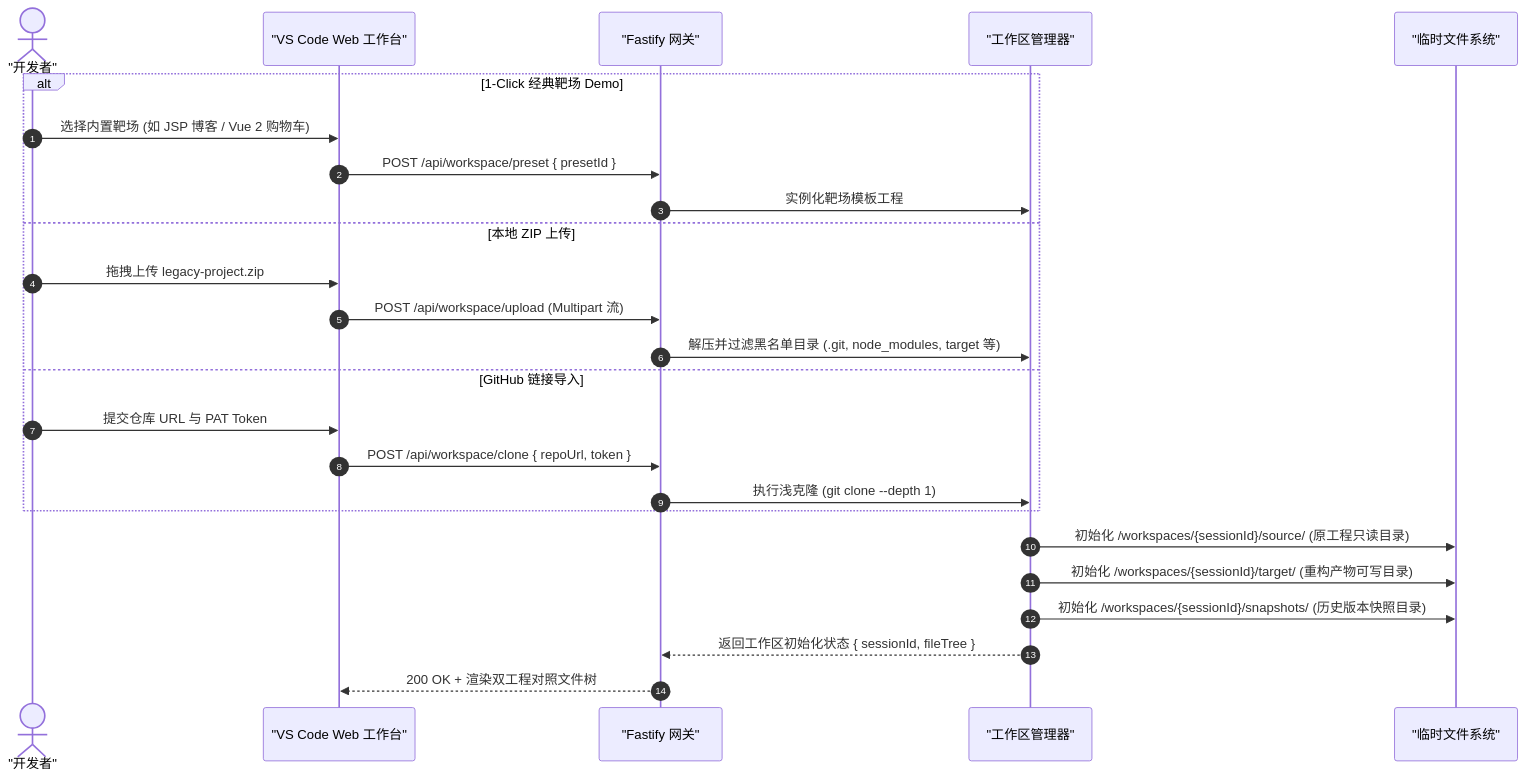
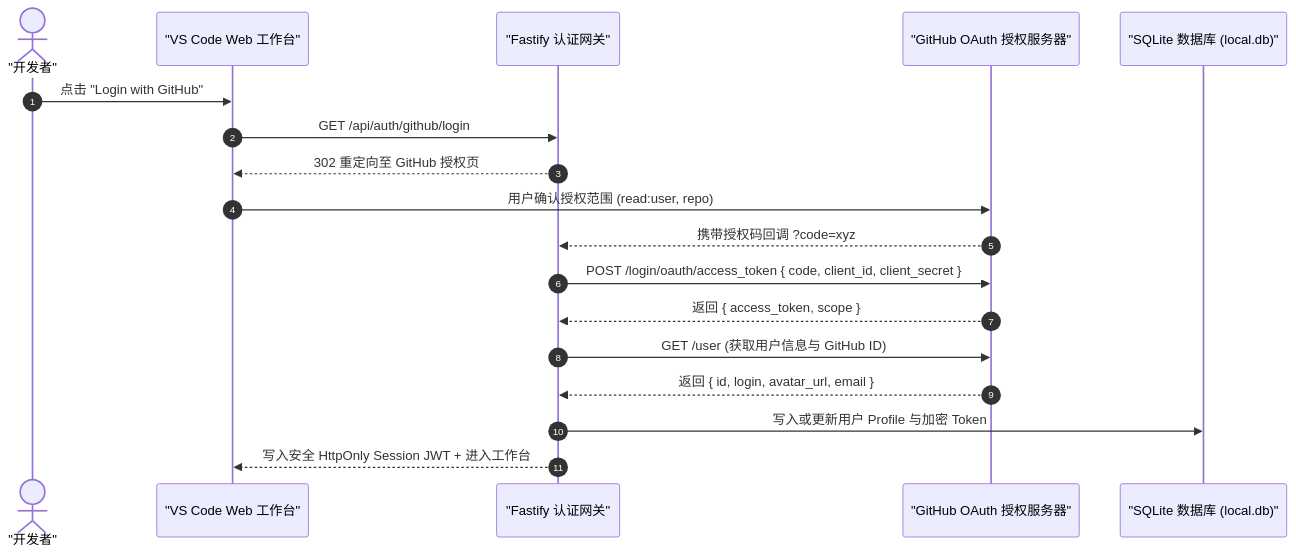
Before and after one commit to SakuraCianna/LegacyCodeModernizer: the second of 6 diagrams in docs/zh/architecture.md, drawn with Mermaid. The commit also changed other lines of this file and 1 other file, not shown here.

Commit message:
docs: 增补 GitHub OAuth 单点登录、SQLite 数据模式与多租户工作区隔离规范

````diff
--- a/docs/zh/architecture.md
+++ b/docs/zh/architecture.md
@@ -109,29 +114,21 @@
 ```mermaid
 sequenceDiagram
     autonumber
     actor Developer as "开发者"
     participant UI as "VS Code Web 工作台"
-    participant API as "Fastify 网关"
-    participant WM as "工作区管理器"
-    participant FS as "临时文件系统"
+    participant API as "Fastify 认证网关"
+    participant GitHub as "GitHub OAuth 授权服务器"
+    participant DB as "SQLite 数据库 (local.db)"
 
-    alt 1-Click 经典靶场 Demo
-        Developer->>UI: 选择内置靶场 (如 JSP 博客 / Vue 2 购物车)
-        UI->>API: POST /api/workspace/preset { presetId }
-        API->>WM: 实例化靶场模板工程
-    else 本地 ZIP 上传
-        Developer->>UI: 拖拽上传 legacy-project.zip
-        UI->>API: POST /api/workspace/upload (Multipart 流)
-        API->>WM: 解压并过滤黑名单目录 (.git, node_modules, target 等)
-    else GitHub 链接导入
-        Developer->>UI: 提交仓库 URL 与 PAT Token
-        UI->>API: POST /api/workspace/clone { repoUrl, token }
-        API->>WM: 执行浅克隆 (git clone --depth 1)
-    end
-
-    WM->>FS: 初始化 /workspaces/{sessionId}/source/ (原工程只读目录)
-    WM->>FS: 初始化 /workspaces/{sessionId}/target/ (重构产物可写目录)
-    WM->>FS: 初始化 /workspaces/{sessionId}/snapshots/ (历史版本快照目录)
-    WM-->>API: 返回工作区初始化状态 { sessionId, fileTree }
-    API-->>UI: 200 OK + 渲染双工程对照文件树
+    Developer->>UI: 点击 "Login with GitHub"
+    UI->>API: GET /api/auth/github/login
+    API-->>UI: 302 重定向至 GitHub 授权页
+    UI->>GitHub: 用户确认授权范围 (read:user, repo)
+    GitHub-->>API: 携带授权码回调 ?code=xyz
+    API->>GitHub: POST /login/oauth/access_token { code, client_id, client_secret }
+    GitHub-->>API: 返回 { access_token, scope }
+    API->>GitHub: GET /user (获取用户信息与 GitHub ID)
+    GitHub-->>API: 返回 { id, login, avatar_url, email }
+    API->>DB: 写入或更新用户 Profile 与加密 Token
+    API-->>UI: 写入安全 HttpOnly Session JWT + 进入工作台
 ```
````
